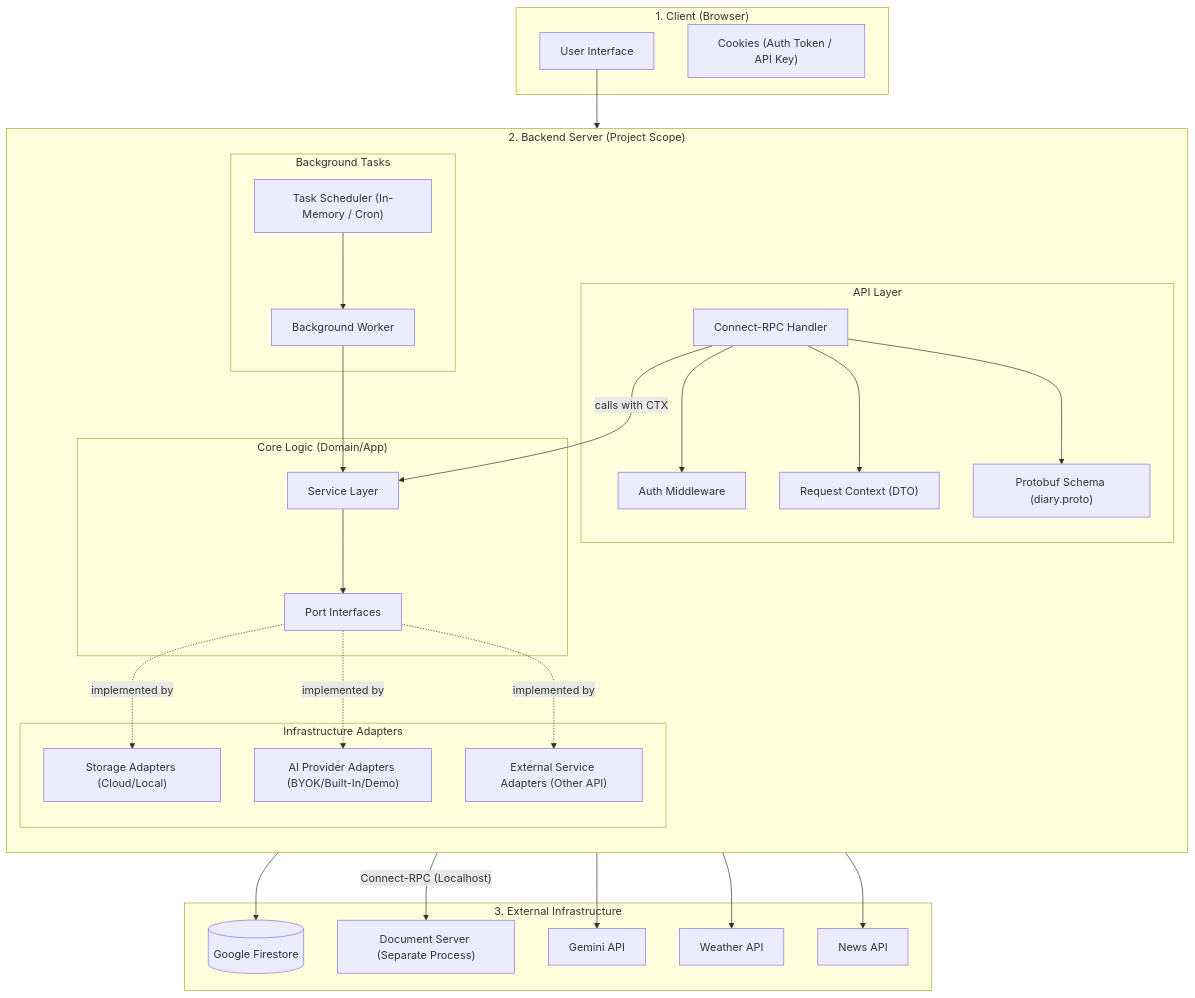
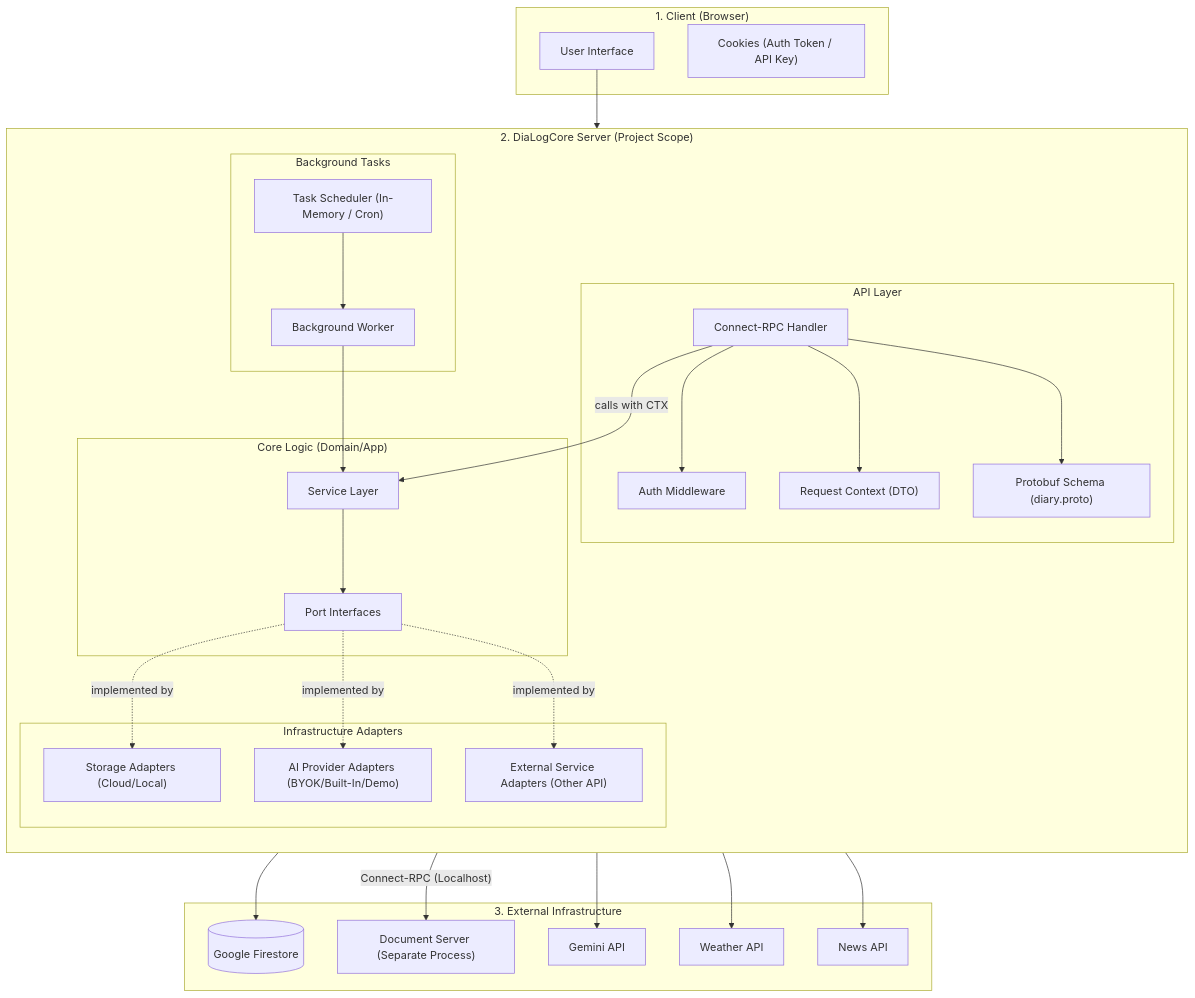
Before and after one commit to HBenpitsu/DiaLogTestRepo: the diagram in DESIGN/backend-arch.md, drawn with Mermaid. The commit also changed other lines of this file and 9 other files, not shown here.

````diff
--- a/DESIGN/backend-arch.md
+++ b/DESIGN/backend-arch.md
@@ -7,61 +7,61 @@
 ```mermaid
 graph TD
     subgraph Client ["1. Client (Browser)"]
         UI[User Interface]
         Cookies["Cookies (Auth Token / API Key)"]
     end
 
-    subgraph Backend ["2. Backend Server (Project Scope)"]
+    subgraph DiaLogCore ["2. DiaLogCore Server (Project Scope)"]
         direction TB
         
         subgraph API_Layer ["API Layer"]
             Router["Connect-RPC Handler"]
             PROTO["Protobuf Schema (diary.proto)"]
             CTX["Request Context (DTO)"]
             MW["Auth Middleware"]
         end
 
         subgraph Core_Logic ["Core Logic (Domain/App)"]
             Service["Service Layer"]
             Ports["Port Interfaces"]
         end
 
         subgraph Adapters ["Infrastructure Adapters"]
             Repo_Adapters["Storage Adapters (Cloud/Local)"]
             AI_Adapters["AI Provider Adapters (BYOK/Built-In/Demo)"]
             Ext_Adapters["External Service Adapters (Other API)"]
         end
 
         subgraph Background_Tasks ["Background Tasks"]
             Scheduler["Task Scheduler (In-Memory / Cron)"]
             Worker["Background Worker"]
         end
 
         Scheduler --> Worker
         Worker --> Service
     end
 
     subgraph External ["3. External Infrastructure"]
         FirestoreDB[("Google Firestore")]
         DocServer["Document Server (Separate Process)"]
         GeminiAPI["Gemini API"]
         WeatherAPI["Weather API"]
         NewsAPI["News API"]
     end
 
     %% --- Logic Flows ---
     UI --> Router
     Router --> MW
     Router --> CTX
     Router --> PROTO
     Router -- "calls with CTX" --> Service
     Service --> Ports
     Ports -. "implemented by" .-> Repo_Adapters
     Ports -. "implemented by" .-> AI_Adapters
     Ports -. "implemented by" .-> Ext_Adapters
     Repo_Adapters --> FirestoreDB
     Repo_Adapters -- "Connect-RPC (Localhost)" --> DocServer
     AI_Adapters --> GeminiAPI
     Ext_Adapters --> WeatherAPI
     Ext_Adapters --> NewsAPI
 ```
````
